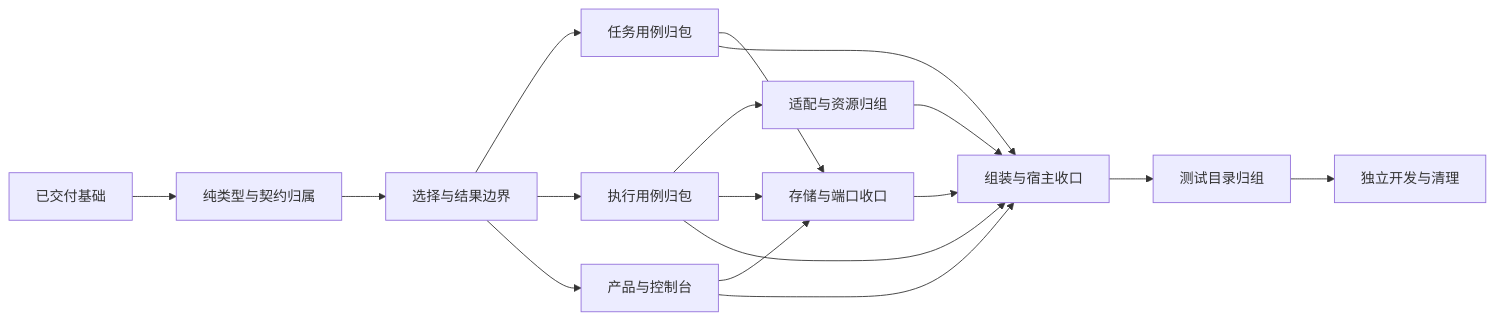
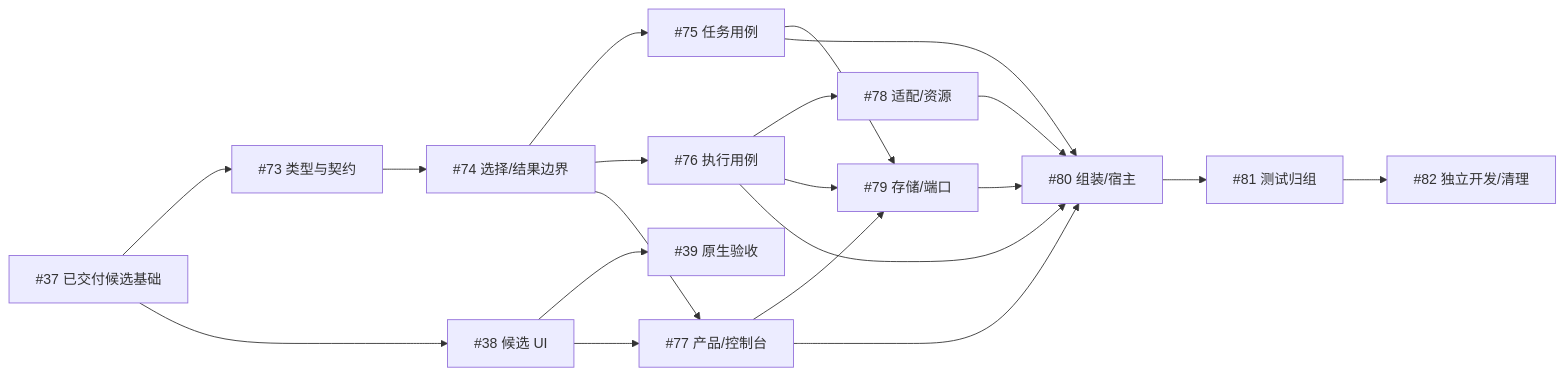
One commit to erranliu/SteerLine changed the diagram in docs/roadmap/three-line-modularization.md. Above: the diagram before and after it, drawn with Mermaid. The commit also changed other lines of this file and 41 other files, not shown here.

````diff
--- a/docs/roadmap/three-line-modularization.md
+++ b/docs/roadmap/three-line-modularization.md
@@ -224,19 +222,22 @@
 ```mermaid
 flowchart LR
-    Base[已交付基础] --> M01[纯类型与契约归属]
-    M01 --> M02[选择与结果边界]
-    M02 --> M03[任务用例归包]
-    M02 --> M04[执行用例归包]
-    M02 --> M05[产品与控制台]
-    M04 --> M06[适配与资源归组]
-    M03 --> M07[存储与端口收口]
+    C37["#37 已交付候选基础"] --> M01["#73 类型与契约"]
+    C37 --> U38["#38 候选 UI"]
+    U38 --> A39["#39 原生验收"]
+    M01 --> M02["#74 选择/结果边界"]
+    M02 --> M03["#75 任务用例"]
+    M02 --> M04["#76 执行用例"]
+    M02 --> M05["#77 产品/控制台"]
+    U38 --> M05
+    M04 --> M06["#78 适配/资源"]
+    M03 --> M07["#79 存储/端口"]
     M04 --> M07
     M05 --> M07
-    M03 --> M08[组装与宿主收口]
+    M03 --> M08["#80 组装/宿主"]
     M04 --> M08
     M05 --> M08
     M06 --> M08
     M07 --> M08
-    M08 --> M09[测试目录归组]
-    M09 --> M10[独立开发与清理]
+    M08 --> M09["#81 测试归组"]
+    M09 --> M10["#82 独立开发/清理"]
 ```
````
